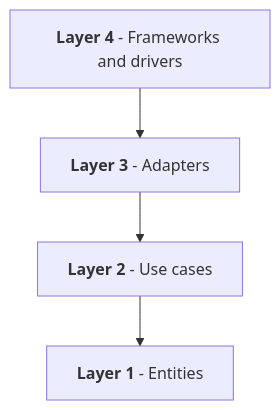
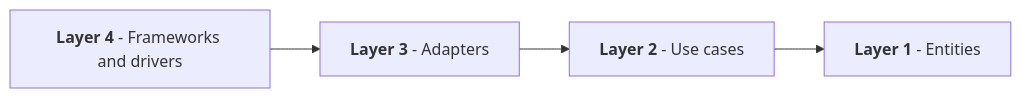
The diagram in backend/README.md (janheindejong/outhouse), drawn with Mermaid before and after one commit. The commit also changed other lines of this file and 4 other files, not shown here.

````diff
--- a/backend/README.md
+++ b/backend/README.md
@@ -14,8 +9,8 @@
 ```mermaid 
-flowchart TB
+flowchart LR
 layer1["`**Layer 1** - Entities`"]
 layer2["`**Layer 2** - Use cases`"]
 layer3["`**Layer 3** - Adapters`"]
 layer4["`**Layer 4** - Frameworks and drivers`"]
 layer4 --> layer3 --> layer2 --> layer1
 ```
````
